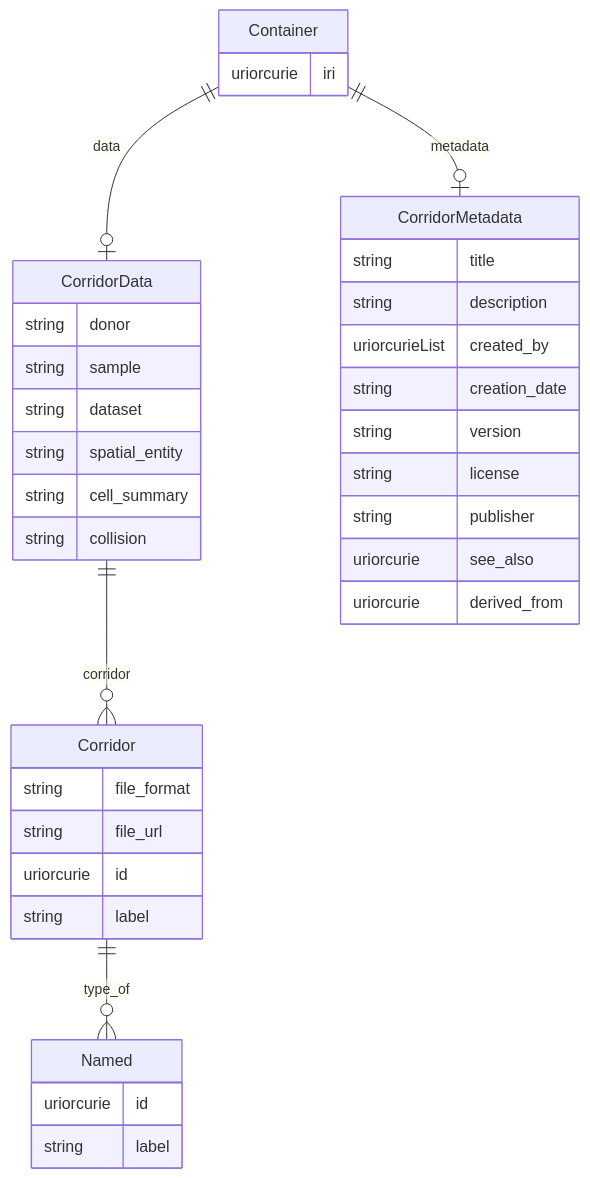
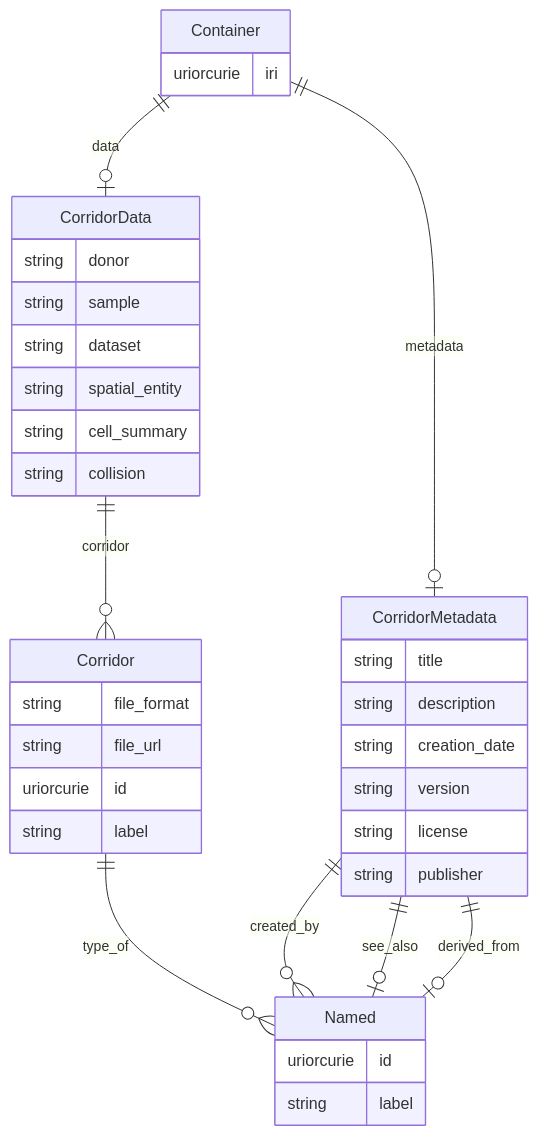
The seventh of 18 diagrams in er-diagrams.md (hubmapconsortium/hra-do-processor), drawn with Mermaid before and after one commit. The commit also changed other lines of this file and 26 other files, not shown here.

````diff
--- a/er-diagrams.md
+++ b/er-diagrams.md
@@ -362,41 +370,41 @@
 ```mermaid
 erDiagram
 Container {
     uriorcurie iri  
 }
 CorridorData {
     string donor  
     string sample  
     string dataset  
     string spatial_entity  
     string cell_summary  
     string collision  
 }
 Corridor {
     string file_format  
     string file_url  
     uriorcurie id  
     string label  
 }
 Named {
     uriorcurie id  
     string label  
 }
 CorridorMetadata {
     string title  
     string description  
-    uriorcurieList created_by  
     string creation_date  
     string version  
     string license  
     string publisher  
-    uriorcurie see_also  
-    uriorcurie derived_from  
 }
 
 Container ||--|o CorridorMetadata : "metadata"
 Container ||--|o CorridorData : "data"
 CorridorData ||--}o Corridor : "corridor"
 Corridor ||--}o Named : "type_of"
+CorridorMetadata ||--}o Named : "created_by"
+CorridorMetadata ||--|o Named : "see_also"
+CorridorMetadata ||--|o Named : "derived_from"
 
 ```
````
